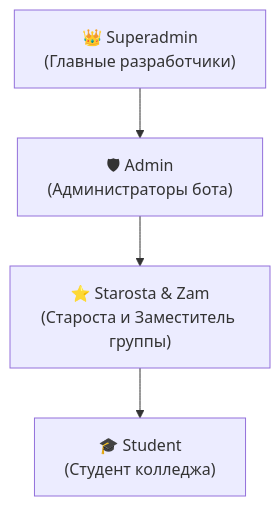
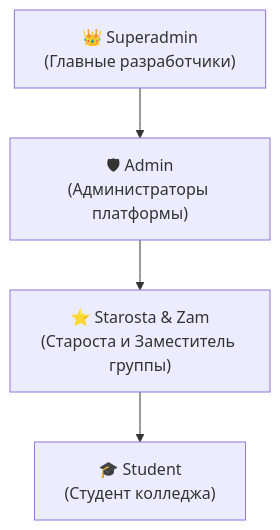
The diagram in README.md (wxrrry/aitu-schedule-bot), drawn with Mermaid before and after one commit. The commit also changed other lines of this file and 3 other files, not shown here.

````diff
--- a/README.md
+++ b/README.md
@@ -190,6 +153,6 @@
 ```mermaid
 graph TD
-    SA["👑 Superadmin<br>(Главные разработчики)"] --> A["🛡 Admin<br>(Администраторы бота)"]
+    SA["👑 Superadmin<br>(Главные разработчики)"] --> A["🛡 Admin<br>(Администраторы платформы)"]
     A --> S["⭐️ Starosta & Zam<br>(Староста и Заместитель группы)"]
     S --> U["🎓 Student<br>(Студент колледжа)"]
 ```
````
